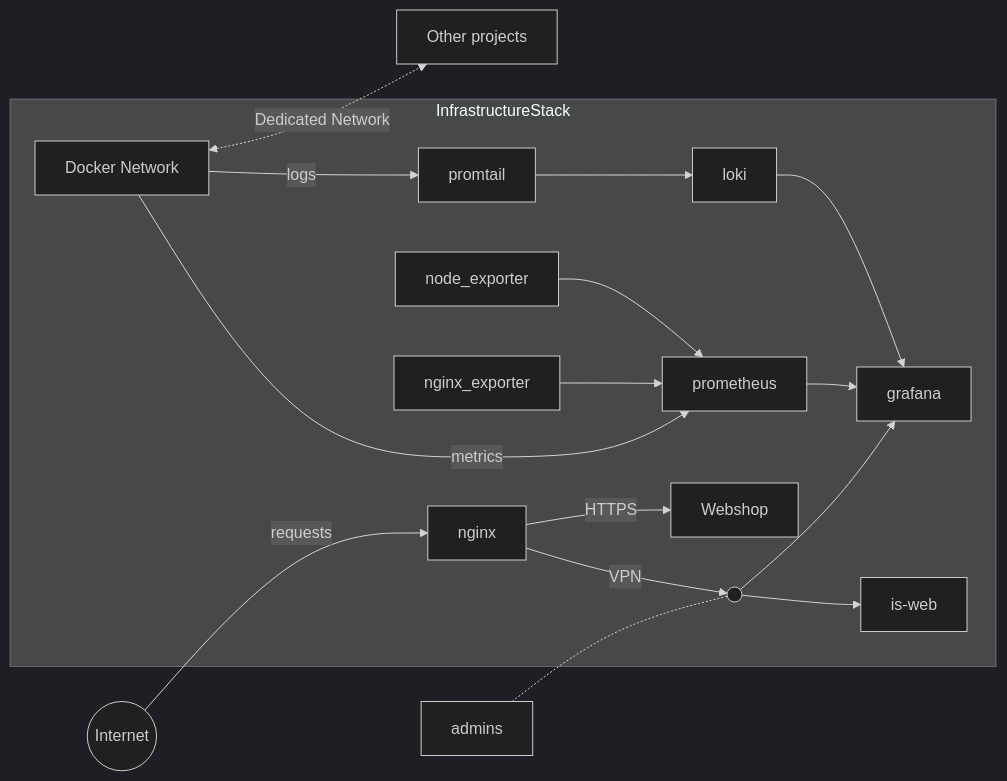
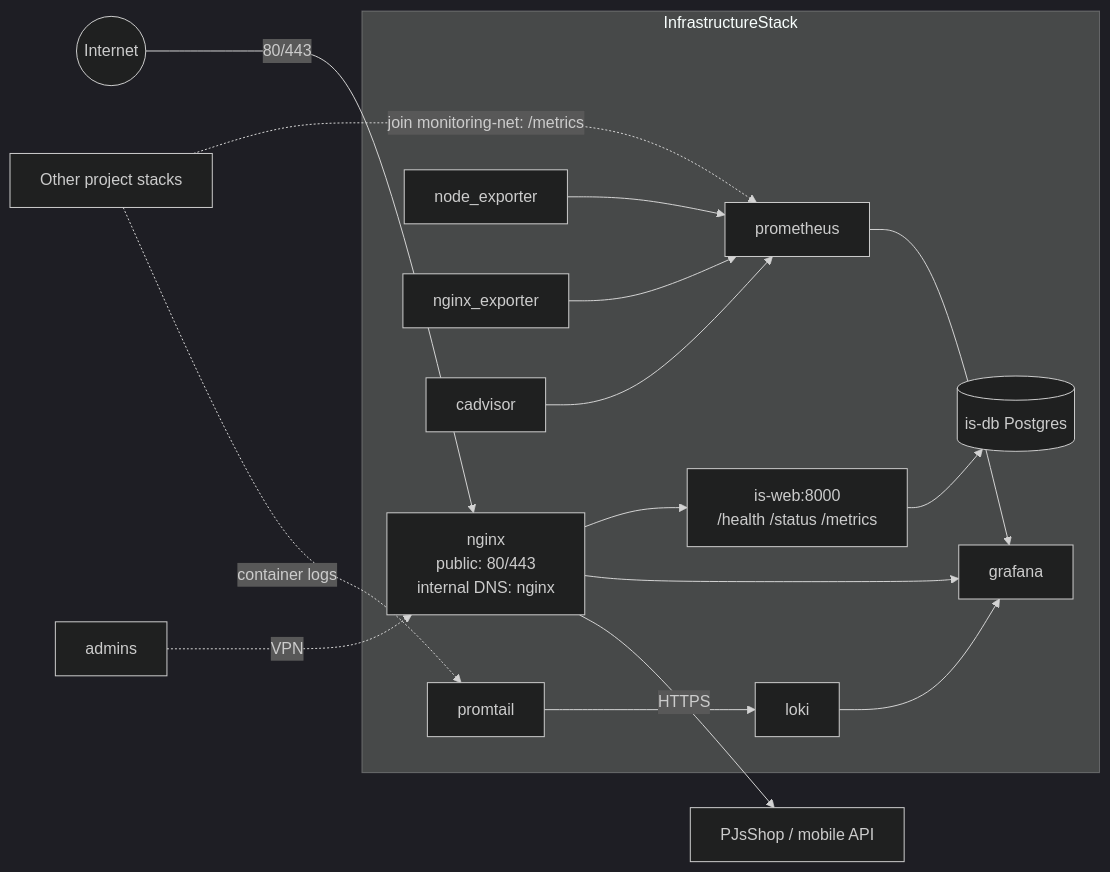
The second of 9 diagrams in SOFTWARE_ECOSYSTEM.md (MKRO-JWL/pjs-ecosystem-docs), drawn with Mermaid (dark theme) before and after one commit. The commit also changed other lines of this file, not shown here.

Commit message:
Sync from MKRO-JWL/InfrastructureStack

````diff
--- a/SOFTWARE_ECOSYSTEM.md
+++ b/SOFTWARE_ECOSYSTEM.md
@@ -48,34 +127,22 @@
 ```mermaid
 graph LR
+    Internet((Internet)) -->|80/443| nginx
+    admins -.->|VPN| nginx
     subgraph InfrastructureStack
-        nginx --> |VPN| vpn_junction(( ))
-        vpn_junction --> is-web
-        vpn_junction --> grafana
-        nginx --> |HTTPS| Webshop
-
-        %% Observability stack
+        nginx["nginx<br/>public: 80/443<br/>internal DNS: nginx"]
+        is-web["is-web:8000<br/>/health /status /metrics"]
+        is-db[(is-db Postgres)]
+        nginx --> is-web
+        nginx --> grafana
+        is-web --> is-db
         node_exporter --> prometheus
         nginx_exporter --> prometheus
+        cadvisor --> prometheus
         promtail --> loki --> grafana
         prometheus --> grafana
-
-        %% vault (legacy: overkill secrets platform; replaced by Docker secrets + host hygiene)
-        net[Docker Network]
     end
-
-    other[Other projects]
-    net --> |metrics| prometheus
-    net -->|logs| promtail
-    net <-.-> |Dedicated Network| other
-
-    Internet((Internet)) -->|requests| nginx
-    admins -.- vpn_junction
-
-    %% Notes:
-    %% - Node Exporter → system metrics
-    %% - NGINX Exporter → web metrics
-    %% - Promtail → log shipper to Loki
-    %% - Loki → centralized log storage
-    %% - Prometheus → metric aggregation
-    %% - Grafana → unified dashboards (metrics + logs)
+    other["Other project stacks"]
+    other -.->|join monitoring-net: /metrics| prometheus
+    other -.->|container logs| promtail
+    nginx -->|HTTPS| Webshop["PJsShop / mobile API"]
 ```
````
